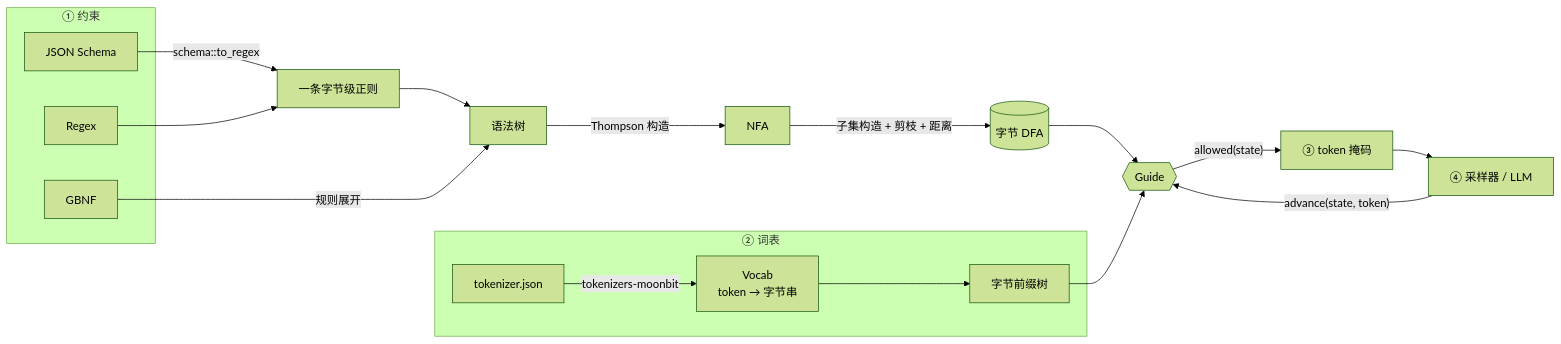
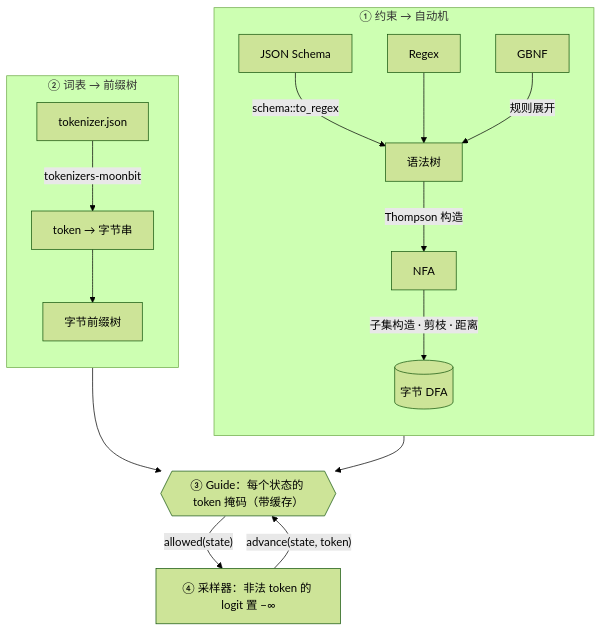
Before and after one commit to FidollarinLA/moonmask: the first of 2 diagrams in README.md, drawn with Mermaid (forest theme).

Commit message:
docs(readme): vertical architecture diagram

````diff
--- a/README.md
+++ b/README.md
@@ -40,25 +40,20 @@
 ```mermaid
-flowchart LR
-    subgraph C["① 约束"]
-        S["JSON Schema"]
-        R["Regex"]
-        G["GBNF"]
+flowchart TB
+    subgraph C["① 约束 → 自动机"]
+        direction TB
+        S["JSON Schema"] -- "schema::to_regex" --> AST["语法树"]
+        R["Regex"] --> AST
+        G["GBNF"] -- "规则展开" --> AST
+        AST -- "Thompson 构造" --> NFA["NFA"]
+        NFA -- "子集构造 · 剪枝 · 距离" --> DFA[("字节 DFA")]
     end
-    S -- "schema::to_regex" --> RE["一条字节级正则"]
-    R --> RE
-    RE --> AST["语法树"]
-    G -- "规则展开" --> AST
-    AST -- "Thompson 构造" --> NFA["NFA"]
-    NFA -- "子集构造 + 剪枝 + 距离" --> DFA[("字节 DFA")]
-
-    subgraph V["② 词表"]
-        TJ["tokenizer.json"] -- "tokenizers-moonbit" --> VO["Vocab<br/>token → 字节串"]
+    subgraph V["② 词表 → 前缀树"]
+        direction TB
+        TJ["tokenizer.json"] -- "tokenizers-moonbit" --> VO["token → 字节串"]
         VO --> TR["字节前缀树"]
     end
-
-    DFA --> GD{{"Guide"}}
+    DFA --> GD{{"③ Guide：每个状态的 token 掩码（带缓存）"}}
     TR --> GD
-    GD -- "allowed(state)" --> MK["③ token 掩码"]
-    MK --> SP["④ 采样器 / LLM"]
+    GD -- "allowed(state)" --> SP["④ 采样器：非法 token 的 logit 置 −∞"]
     SP -- "advance(state, token)" --> GD
 ```
````
